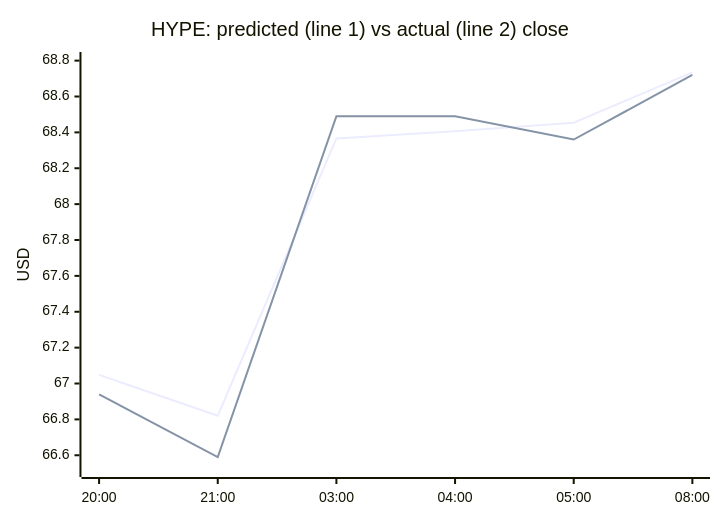
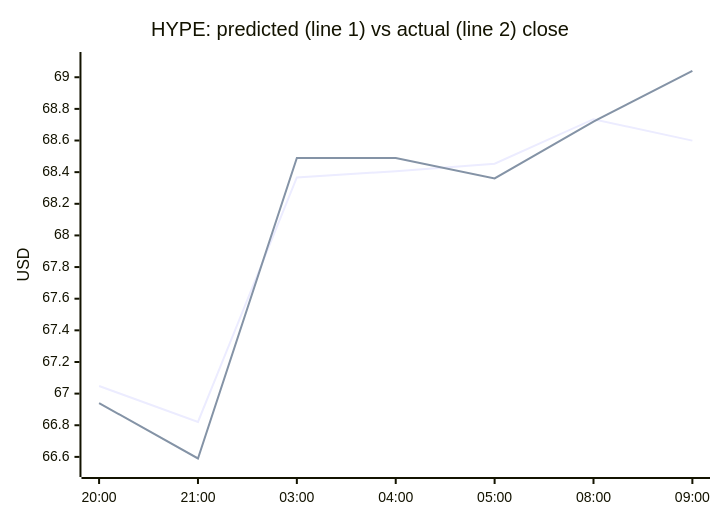
Before and after one commit to samuelkreitl-wq/crypto-hourly-forecaster: the fourth of 4 diagrams in README.md, drawn with Mermaid. The commit also changed other lines of this file and 14 other files, not shown here.

````diff
--- a/README.md
+++ b/README.md
@@ -65,8 +65,8 @@
 ```mermaid
 xychart-beta
     title "HYPE: predicted (line 1) vs actual (line 2) close"
-    x-axis ["20:00", "21:00", "03:00", "04:00", "05:00", "08:00"]
-    y-axis "USD" 66.5234 --> 68.8035
-    line [67.0484, 66.8208, 68.3664, 68.4064, 68.4537, 68.7347]
-    line [66.9400, 66.5900, 68.4900, 68.4900, 68.3600, 68.7200]
+    x-axis ["20:00", "21:00", "03:00", "04:00", "05:00", "08:00", "09:00"]
+    y-axis "USD" 66.5234 --> 69.1090
+    line [67.0484, 66.8208, 68.3664, 68.4064, 68.4537, 68.7347, 68.5994]
+    line [66.9400, 66.5900, 68.4900, 68.4900, 68.3600, 68.7200, 69.0400]
 ```
````
